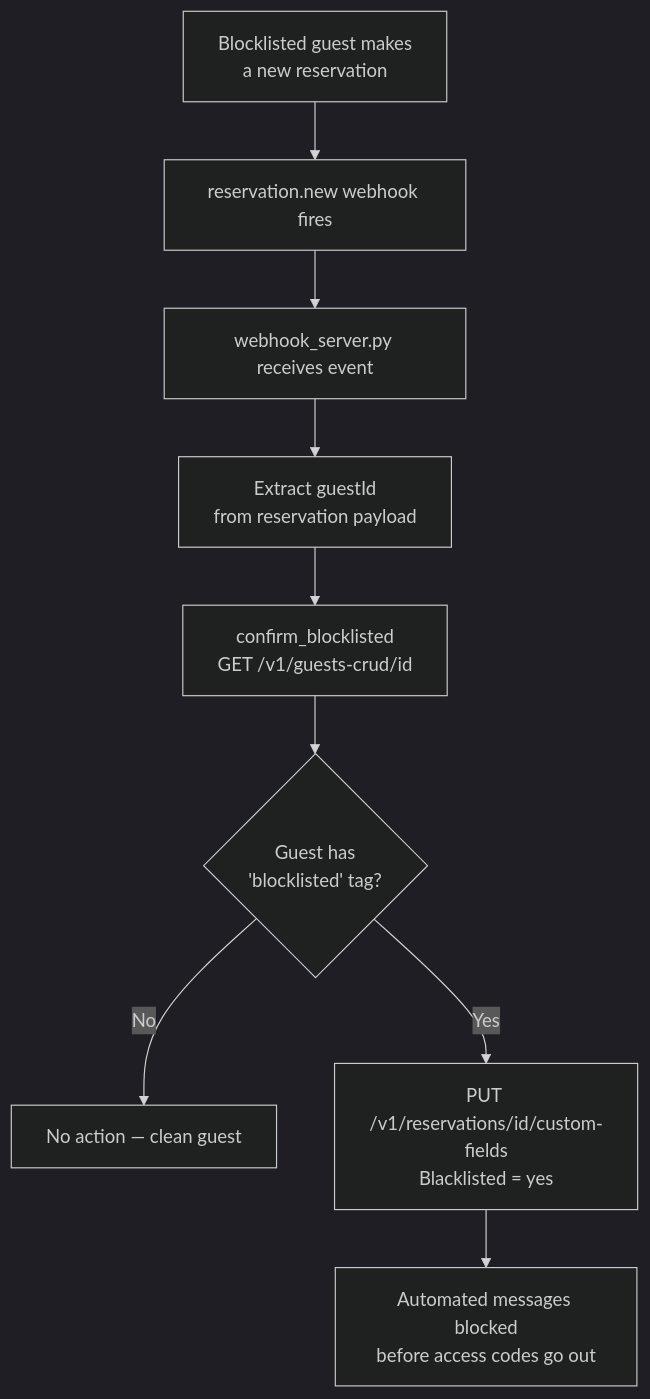
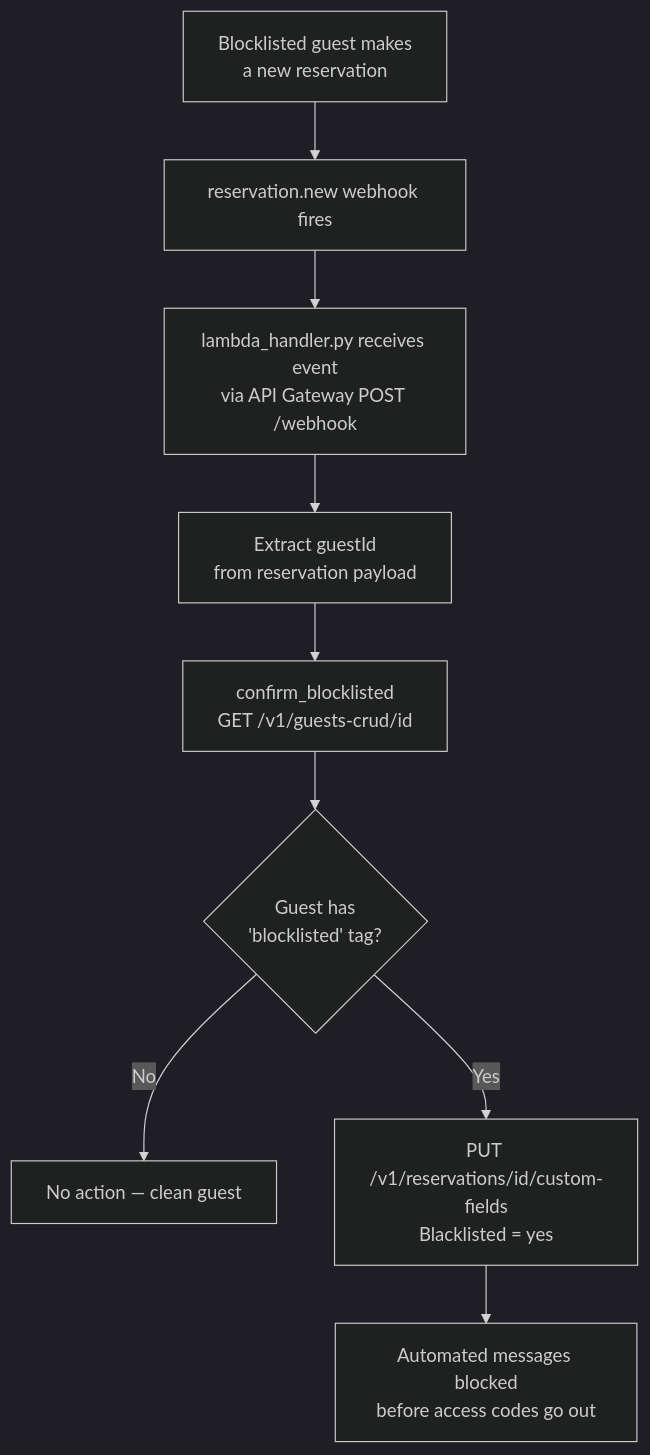
One commit to davidlin1123/Guesty-API changed the third of 3 diagrams in README.md. Above: the diagram before and after it, drawn with Mermaid (dark theme). The commit also changed other lines of this file, not shown here.

````diff
--- a/README.md
+++ b/README.md
@@ -69,11 +72,11 @@
 ```mermaid
 flowchart TD
     A[Blocklisted guest makes\na new reservation] --> B[reservation.new webhook fires]
-    B --> C[webhook_server.py receives event]
+    B --> C[lambda_handler.py receives event\nvia API Gateway POST /webhook]
     C --> D[Extract guestId\nfrom reservation payload]
     D --> E[confirm_blocklisted\nGET /v1/guests-crud/id]
     E --> F{Guest has\n'blocklisted' tag?}
     F -->|No| G[No action — clean guest]
     F -->|Yes| H[PUT /v1/reservations/id/custom-fields\nBlacklisted = yes]
     H --> I[Automated messages blocked\nbefore access codes go out]
 ```
````
